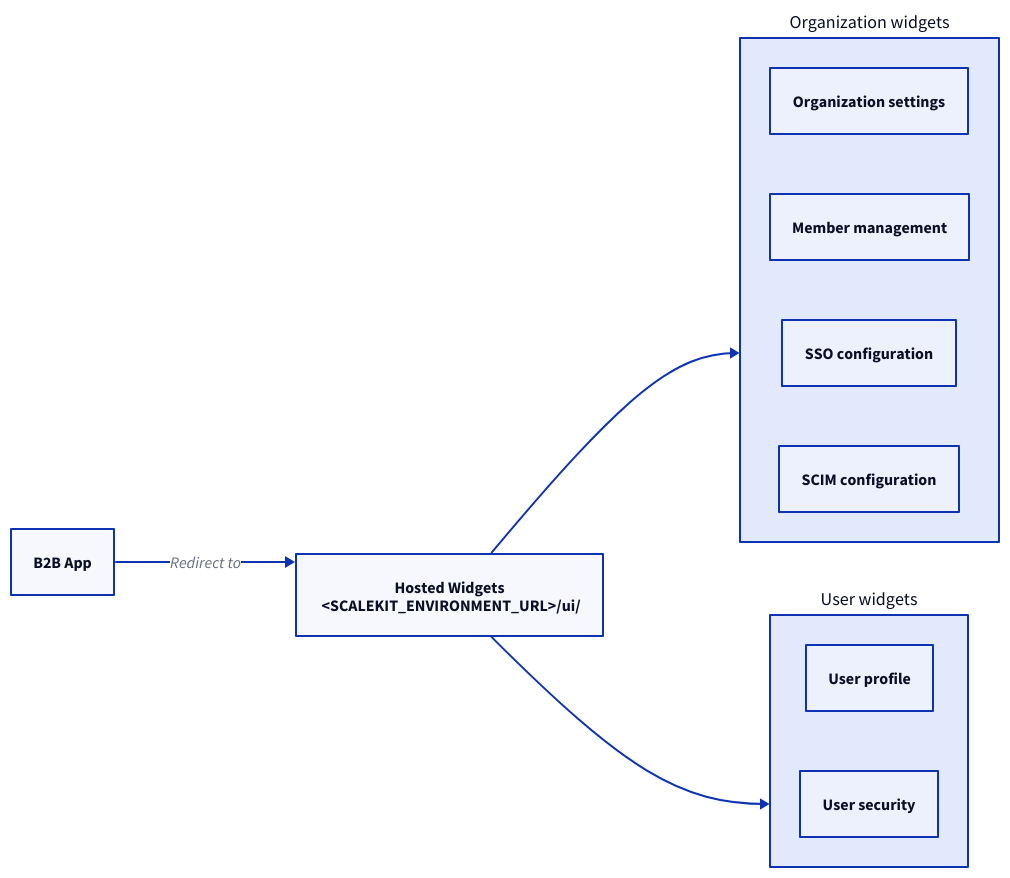
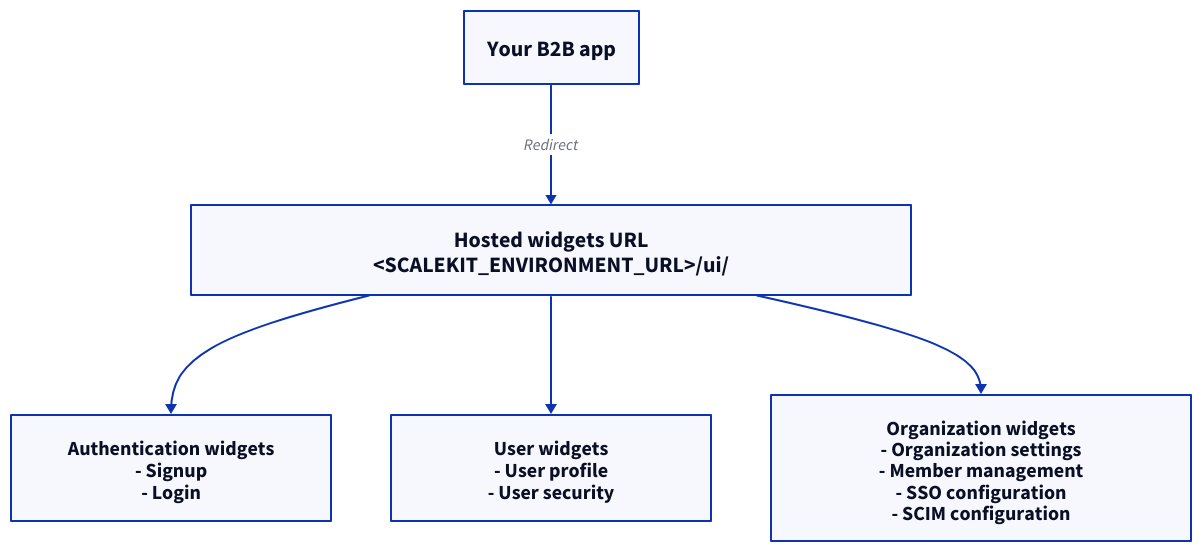
Before and after one commit to scalekit-inc/developer-docs: the diagram in src/content/docs/authenticate/manage-users-orgs/hosted-widgets.mdx, drawn with D2. The commit also changed other lines of this file and 4 other files, not shown here.

First line of the commit message:
docs(hosted-widgets): limit PR to widget assets and docs

````diff
--- a/src/content/docs/authenticate/manage-users-orgs/hosted-widgets.mdx
+++ b/src/content/docs/authenticate/manage-users-orgs/hosted-widgets.mdx
@@ -23,25 +23,32 @@
-```d2 pad=36
-direction: right
+```d2 pad=56 layout=elk
+direction: down
 
-your_app: "B2B App"
-
-hosted: "Hosted Widgets\n <SCALEKIT_ENVIRONMENT_URL>/ui/"
-
-org_widgets: "Organization widgets" {
-  style.font-size: 18
-  org_settings: "Organization settings"
-  member_mgmt: "Member management"
-  sso_config: "SSO configuration"
-  scim_config: "SCIM configuration"
+your_app: "Your B2B app" {
+  style.font-size: 22
 }
 
-user_widgets: "User widgets" {
-  style.font-size: 18
-  user_profile: "User profile"
-  user_security: "User security"
+hosted: "Hosted widgets URL\n<SCALEKIT_ENVIRONMENT_URL>/ui/" {
+  style.font-size: 22
+  width: 720
 }
 
-your_app -> hosted: "Redirect to"
+auth_widgets: "Authentication widgets\n- Signup\n- Login" {
+  style.font-size: 20
+  width: 320
+}
+
+user_widgets: "User widgets\n- User profile\n- User security" {
+  style.font-size: 20
+  width: 320
+}
+
+org_widgets: "Organization widgets\n- Organization settings\n- Member management\n- SSO configuration\n- SCIM configuration" {
+  style.font-size: 20
+  width: 420
+}
+
+your_app -> hosted: "Redirect"
+hosted -> auth_widgets
+hosted -> user_widgets
 hosted -> org_widgets
-hosted -> user_widgets
 ```
````
